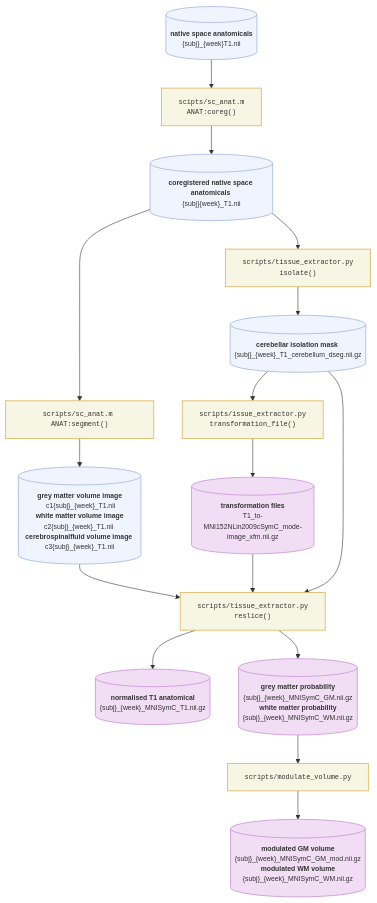
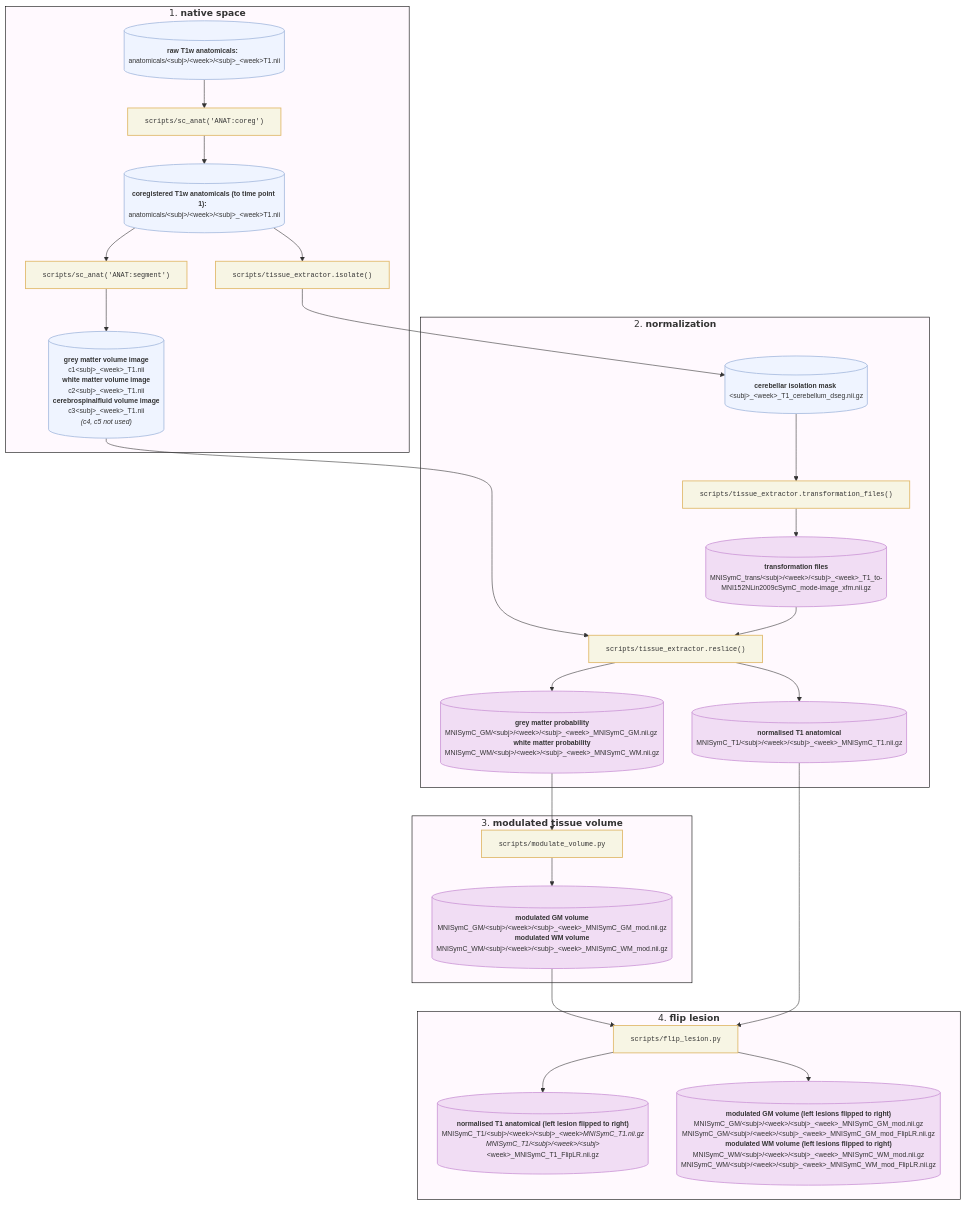
The diagram in README.md (medhakp/smarts_cerebellum), drawn with Mermaid before and after one commit. The commit also changed other lines of this file, not shown here.

````diff
--- a/README.md
+++ b/README.md
@@ -52,36 +17,72 @@
 ```mermaid
-
 flowchart TB
-    A[("<b> native space anatomicals</b> <br>{subj}_{week}T1.nii")] --> P1["scipts/sc_anat.m <br> ANAT:coreg()"]
-    P1 --> B[("<b>coregistered native space anatomicals</b> <br>{subj}{week}_T1.nii<br>")]
-    B --> P2["scripts/sc_anat.m ANAT:segment()"] & P3["scripts/tissue_extractor.py <br> isolate()"]
-    P2 --> C[("<b>grey matter volume image</b><br> c1{subj}_{week}_T1.nii<br> <b> white matter volume image </b> c2{subj}_{week}_T1.nii <br> <b>cerebrospinalfluid volume image </b> c3{subj}_{week}_T1.nii")]
-    
-    P3 --> D[("<b>cerebellar isolation mask</b> <br>{subj}_{week}_T1_cerebellum_dseg.nii.gz<br>")]
-    D --> P4["scripts/issue_extractor.py <br> transformation_file()"] & F["scripts/tissue_extractor.py <br> reslice()"]
-    P4 --> E[("<b>transformation files</b><br>T1_to-MNI152NLin2009cSymC_mode-image_xfm.nii.gz<br>")]
+ subgraph S1["1. <b>native space</b>"]
+        P1@{ label: "scripts/sc_anat('ANAT:coreg')" }
+        A[("<b>raw T1w anatomicals: </b> <br>anatomicals/&lt;subj&gt;/&lt;week&gt;/&lt;subj&gt;_&lt;week&gt;T1.nii")]
+        B[("<b>coregistered T1w anatomicals (to time point 1): </b> <br>anatomicals/&lt;subj&gt;/&lt;week&gt;/&lt;subj&gt;_&lt;week&gt;T1.nii<br>")]
+        P2@{ label: "scripts/sc_anat('ANAT:segment')" }
+        P3["scripts/tissue_extractor.isolate()"]
+        C[("<b>grey matter volume image</b><br>c1&lt;subj&gt;_&lt;week&gt;_T1.nii<br><b>white matter volume image</b><br>c2&lt;subj&gt;_&lt;week&gt;_T1.nii<br><b>cerebrospinalfluid volume image</b><br>c3&lt;subj&gt;_&lt;week&gt;_T1.nii<br><i>(c4, c5 not used)</i>")]
+  end
+ subgraph S2["2. <b>normalization</b>"]
+        D[("<b>cerebellar isolation mask</b> <br>&lt;subj&gt;_&lt;week&gt;_T1_cerebellum_dseg.nii.gz<br>")]
+        P4["scripts/tissue_extractor.transformation_files()"]
+        E[("<b>transformation files</b><br>MNISymC_trans/&lt;subj&gt;/&lt;week&gt;/&lt;subj&gt;_&lt;week&gt;_T1_to-MNI152NLin2009cSymC_mode-image_xfm.nii.gz<br>")]
+        F["scripts/tissue_extractor.reslice()"]
+        G[("<b>normalised T1 anatomical</b><br>MNISymC_T1/&lt;subj&gt;/&lt;week&gt;/&lt;subj&gt;_&lt;week&gt;_MNISymC_T1.nii.gz<br>")]
+        H[("<b>grey matter probability</b><br>MNISymC_GM/&lt;subj&gt;/&lt;week&gt;/&lt;subj&gt;_&lt;week&gt;_MNISymC_GM.nii.gz <br><b>white matter probability</b><br>MNISymC_WM/&lt;subj&gt;/&lt;week&gt;/&lt;subj&gt;_&lt;week&gt;_MNISymC_WM.nii.gz")]
+  end
+ subgraph S3["3. <b> modulated tissue volume</b>"]
+        P5["scripts/modulate_volume.py"]
+        I[("<b>modulated GM volume</b><br>MNISymC_GM/&lt;subj&gt;/&lt;week&gt;/&lt;subj&gt;_&lt;week&gt;_MNISymC_GM_mod.nii.gz<br><b>modulated WM volume</b><br>MNISymC_WM/&lt;subj&gt;/&lt;week&gt;/&lt;subj&gt;_&lt;week&gt;_MNISymC_WM_mod.nii.gz")]
+  end
+ subgraph S4["4. <b>flip lesion</b>"]
+        P6["scripts/flip_lesion.py"]
+        J@{ label: "<span style=\"--tw-border-spacing-y:\">**normalised T1 anatomical (left lesion flipped to right)**</span><br style=\"--tw-border-spacing-y:\">MNISymC_T1/&lt;subj&gt;/&lt;week&gt;/&lt;subj&gt;_&lt;week&gt;_MNISymC_T1.nii.gz<br>MNISymC_T1/&lt;subj&gt;/&lt;week&gt;/&lt;subj&gt;_&lt;week&gt;_MNISymC_T1_FlipLR.nii.gz" }
+        K[("<b>modulated GM volume (left lesions flipped to right)</b><br>MNISymC_GM/&lt;subj&gt;/&lt;week&gt;/&lt;subj&gt;_&lt;week&gt;_MNISymC_GM_mod.nii.gz<br>MNISymC_GM/&lt;subj&gt;/&lt;week&gt;/&lt;subj&gt;_&lt;week&gt;_MNISymC_GM_mod_FlipLR.nii.gz<br><b>modulated WM volume (left lesions flipped to right)</b><br>MNISymC_WM/&lt;subj&gt;/&lt;week&gt;/&lt;subj&gt;_&lt;week&gt;_MNISymC_WM_mod.nii.gz<br>MNISymC_WM/&lt;subj&gt;/&lt;week&gt;/&lt;subj&gt;_&lt;week&gt;_MNISymC_WM_mod_FlipLR.nii.gz")]
+  end
+    A --> P1
+    P1 --> B
+    B --> P2 & P3
+    P2 --> C
+    P3 --> D
+    D --> P4
+    P4 --> E
     C --> F
     E --> F
-    F --> G[("<b>normalised T1 anatomical</b><br>{subj}_{week}_MNISymC_T1.nii.gz<br>")] & H[("<b>grey matter probability</b><br>{subj}_{week}_MNISymC_GM.nii.gz <br><b>white matter probability</b><br>{subj}_{week}_MNISymC_WM.nii.gz")]
-    H --> P5["scripts/modulate_volume.py"]
-    P5 --> I[("<b>modulated GM volume</b><br>{subj}_{week}_MNISymC_GM_mod.nii.gz<br><b>modulated WM volume</b><br>{subj}_{week}_MNISymC_WM.nii.gz")]
+    F --> G & H
+    H --> P5
+    P5 --> I
+    I --> P6
+    G --> P6
+    P6 --> J & K
 
+    P1@{ shape: rect}
+    P2@{ shape: rect}
+    J@{ shape: cylinder}
+     P1:::processNode
      A:::nativeNode
-     P1:::processNode
      B:::nativeNode
      P2:::processNode
      P3:::processNode
      C:::nativeNode
      D:::nativeNode
      P4:::processNode
+     E:::templateNode
      F:::processNode
-     E:::templateNode
      G:::templateNode
      H:::templateNode
      P5:::processNode
      I:::templateNode
+     P6:::processNode
+     J:::templateNode
+     K:::templateNode
     classDef nativeNode fill:#eff4ff,stroke:#a8bce0,stroke-width:1.5px,color:#333,font-family:Arial,font-size:12px
     classDef templateNode fill:#f1ddf4,stroke:#ce9bd9,stroke-width:1.5px,color:#333,font-family:Arial,font-size:12px
     classDef processNode fill:#f7f5e4,stroke:#e0b96a,stroke-width:1.5px,color:#333,font-family:monospace,font-size:12px
+    style S1 stroke:#000000,fill:#ffd9f52b
+    style S2 fill:#ffd9f52b,stroke:#000000
+    style S3 fill:#ffd9f52b,stroke:#000000
+    style S4 fill:#ffd9f52b,stroke:#000000
 
 ```
````
